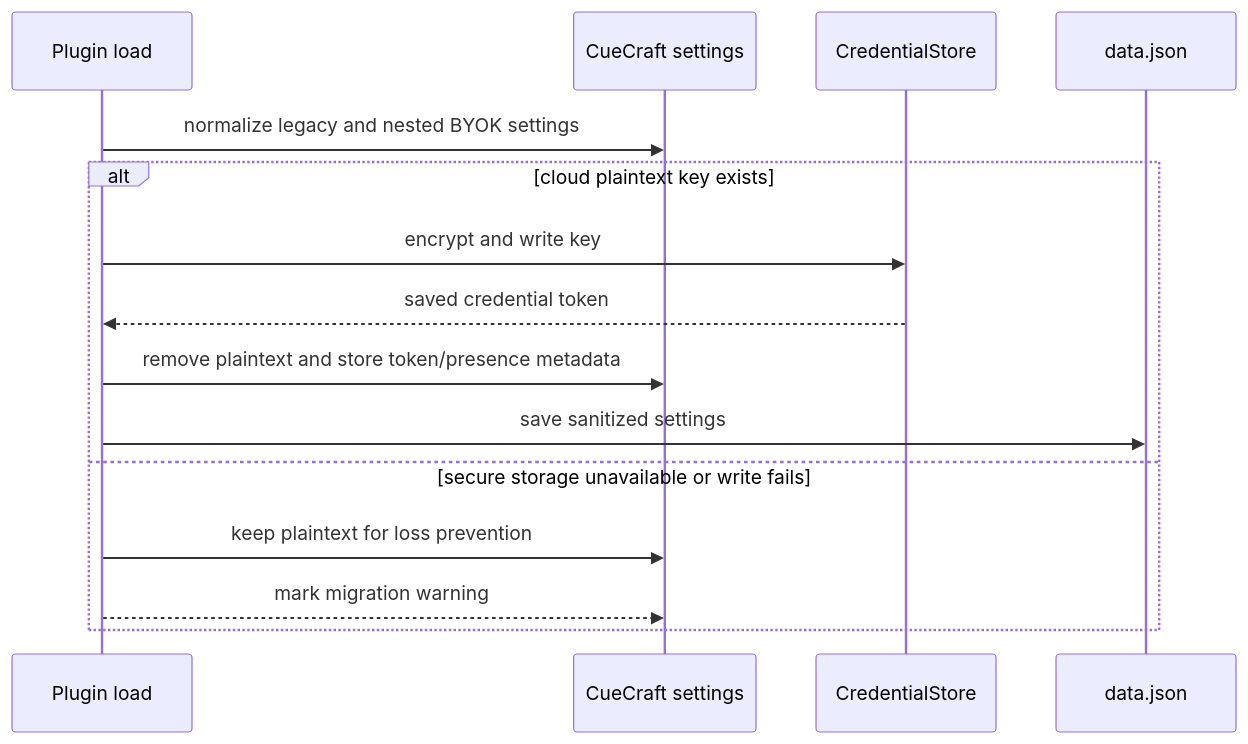
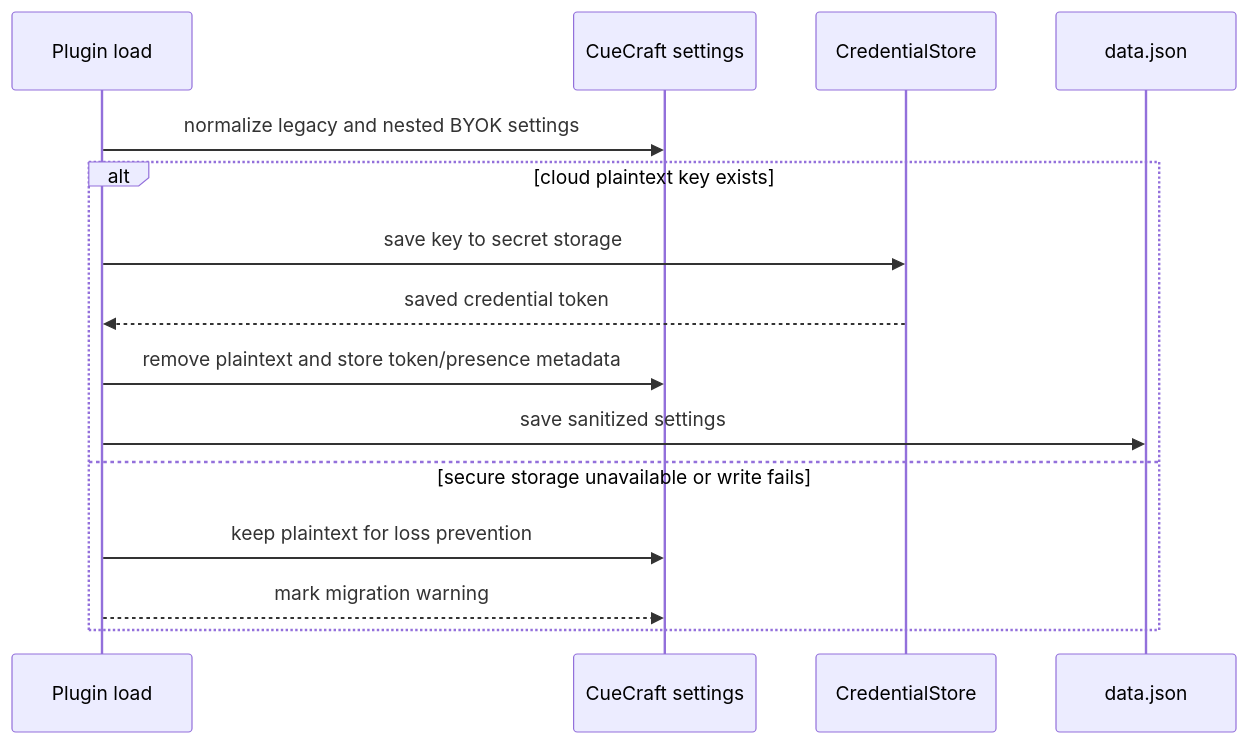
One commit to swartzrock/obsidian-firstrecall-plugin changed the second of 2 diagrams in docs/plans/2026-06-29-001-feat-secure-byok-credential-storage-plan.md. Above: the diagram before and after it, drawn with Mermaid. The commit also changed other lines of this file and 4 other files, not shown here.

Commit message:
fix(byok): use obsidian secret storage foundation

````diff
--- a/docs/plans/2026-06-29-001-feat-secure-byok-credential-storage-plan.md
+++ b/docs/plans/2026-06-29-001-feat-secure-byok-credential-storage-plan.md
@@ -142,17 +141,17 @@
 ```mermaid
 sequenceDiagram
   participant Load as Plugin load
   participant Settings as CueCraft settings
   participant Store as CredentialStore
   participant Data as data.json
   Load->>Settings: normalize legacy and nested BYOK settings
   alt cloud plaintext key exists
-    Load->>Store: encrypt and write key
+    Load->>Store: save key to secret storage
     Store-->>Load: saved credential token
     Load->>Settings: remove plaintext and store token/presence metadata
     Load->>Data: save sanitized settings
   else secure storage unavailable or write fails
     Load->>Settings: keep plaintext for loss prevention
     Load-->>Settings: mark migration warning
   end
 ```
````
